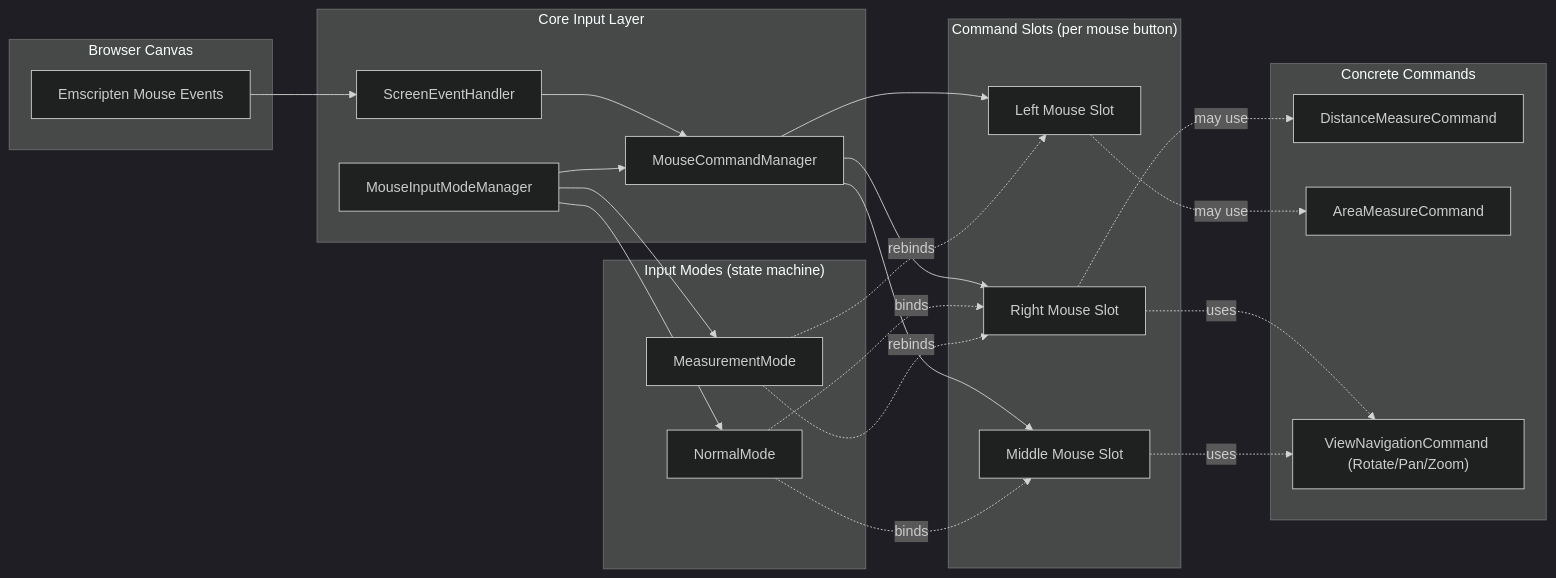
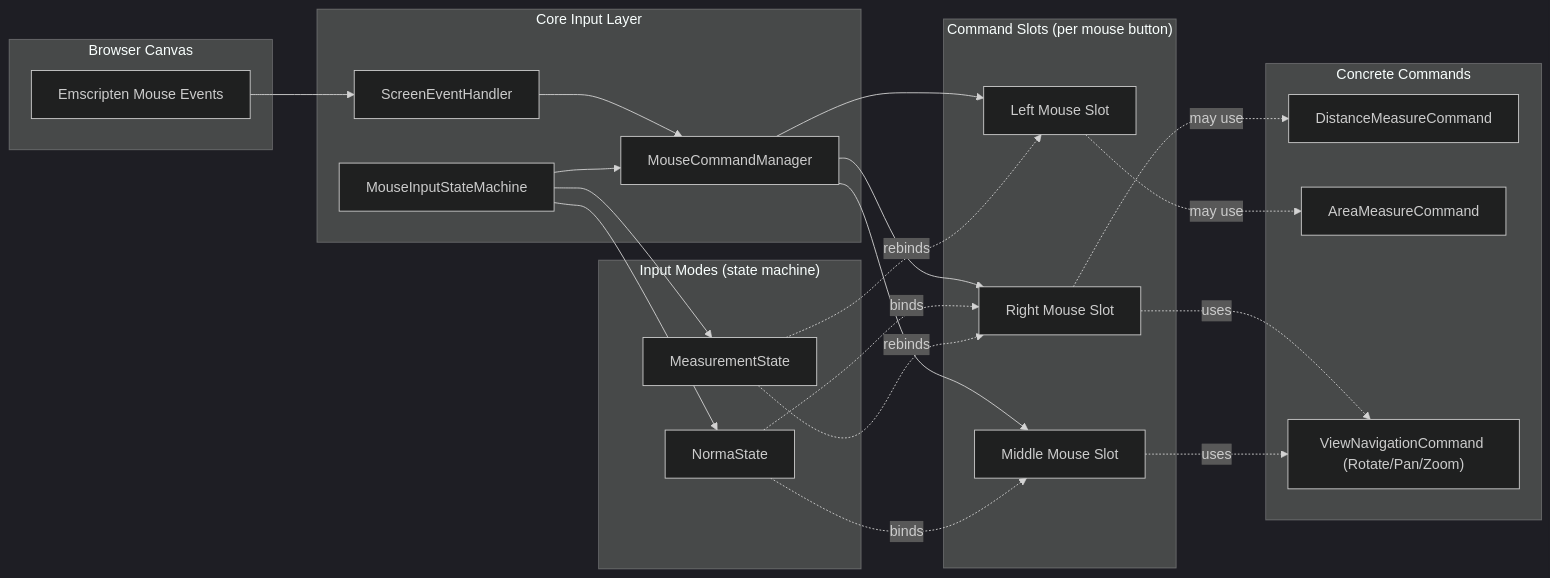
The third of 3 diagrams in GraphV3.md (vfa-khaidt1/vfa-cdn), drawn with Mermaid (dark theme) before and after one commit.

````diff
--- a/GraphV3.md
+++ b/GraphV3.md
@@ -134,56 +134,56 @@
 ```mermaid
 flowchart LR
     %% === Input side ===
     subgraph Input["Browser Canvas"]
         Raw["Emscripten Mouse Events"]
     end
 
     Raw --> Handler["ScreenEventHandler"]
 
     %% === Core input layer ===
     subgraph Core["Core Input Layer"]
         Handler --> CM["MouseCommandManager"]
-        MIM["MouseInputModeManager"]
+        MIM["MouseInputStateMachine"]
     end
 
     MIM --> CM
 
     %% === Modes / state machine ===
     subgraph Modes["Input Modes (state machine)"]
-        Normal["NormalMode"]
-        Measure["MeasurementMode"]
+        Normal["NormaState"]
+        Measure["MeasurementState"]
     end
 
     MIM --> Normal
     MIM --> Measure
 
     %% === Per-button command slots ===
     subgraph Slots["Command Slots (per mouse button)"]
         LSlot["Left Mouse Slot"]
         RSlot["Right Mouse Slot"]
         MSlot["Middle Mouse Slot"]
     end
 
     CM --> LSlot
     CM --> RSlot
     CM --> MSlot
 
     %% === Concrete commands ===
     subgraph Commands["Concrete Commands"]
         DMC["DistanceMeasureCommand"]
         AMC["AreaMeasureCommand"]
         VNC["ViewNavigationCommand (Rotate/Pan/Zoom)"]
     end
 
-    %% Normal mode: view navigation on right/middle
+    %% Normal state: view navigation on right/middle
     Normal -.binds.-> RSlot
     Normal -.binds.-> MSlot
     RSlot -.uses.-> VNC
     MSlot -.uses.-> VNC
 
-    %% Measurement mode: rebind to measurement commands
+    %% Measurement state: rebind to measurement commands
     Measure -.rebinds.-> RSlot
     Measure -.rebinds.-> LSlot
     RSlot -.may use.-> DMC
     LSlot -.may use.-> AMC
 ```
````
